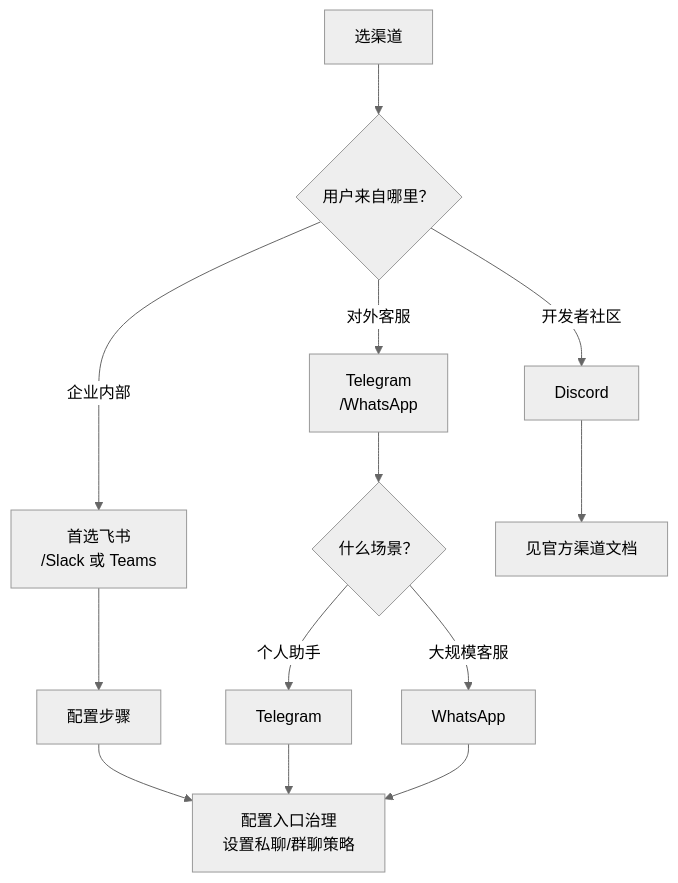
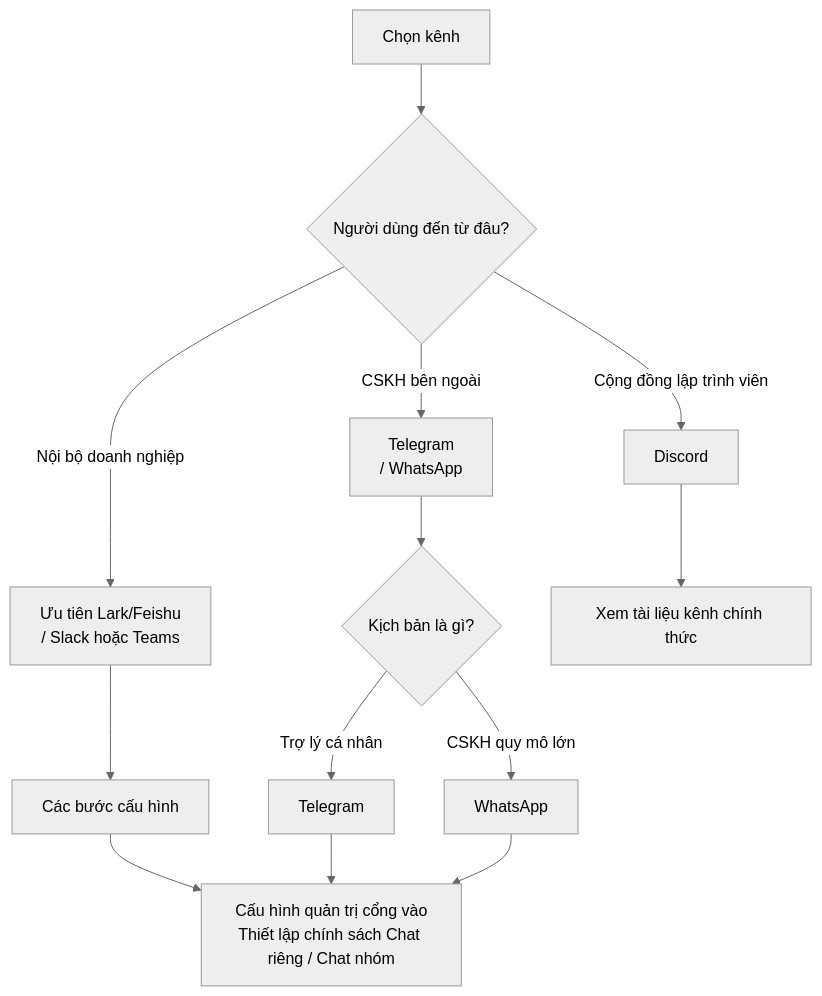
The diagram in 07_multi_agent/7.1_telegram_whatsapp.md (dino-edu/openclaw_guide), drawn with Mermaid (neutral theme) before and after one commit. The commit also changed other lines of this file and 24 other files, not shown here.

````diff
--- a/07_multi_agent/7.1_telegram_whatsapp.md
+++ b/07_multi_agent/7.1_telegram_whatsapp.md
@@ -9,18 +9,18 @@
 ```mermaid
 flowchart TD
-  Start["选渠道"] --> Q1{"用户来自哪里？"}
-  Q1 -->|"企业内部"| A["首选飞书<br/>/Slack 或 Teams"]
-  Q1 -->|"对外客服"| B["Telegram<br/>/WhatsApp"]
-  Q1 -->|"开发者社区"| C["Discord"]
+  Start["Chọn kênh"] --> Q1{"Người dùng đến từ đâu?"}
+  Q1 -->|"Nội bộ doanh nghiệp"| A["Ưu tiên Lark/Feishu<br/>/ Slack hoặc Teams"]
+  Q1 -->|"CSKH bên ngoài"| B["Telegram<br/>/ WhatsApp"]
+  Q1 -->|"Cộng đồng lập trình viên"| C["Discord"]
 
-  A --> Config["配置步骤"]
-  B --> Q2{"什么场景？"}
-  Q2 -->|"个人助手"| D["Telegram"]
-  Q2 -->|"大规模客服"| E["WhatsApp"]
+  A --> Config["Các bước cấu hình"]
+  B --> Q2{"Kịch bản là gì?"}
+  Q2 -->|"Trợ lý cá nhân"| D["Telegram"]
+  Q2 -->|"CSKH quy mô lớn"| E["WhatsApp"]
 
-  C --> Docs["见官方渠道文档"]
+  C --> Docs["Xem tài liệu kênh chính thức"]
 
-  Config --> Approval["配置入口治理<br/>设置私聊/群聊策略"]
+  Config --> Approval["Cấu hình quản trị cổng vào<br/>Thiết lập chính sách Chat riêng / Chat nhóm"]
   D --> Approval
   E --> Approval
 ```
````
